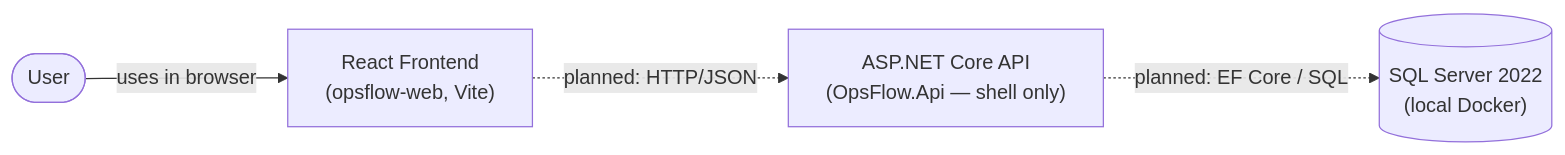
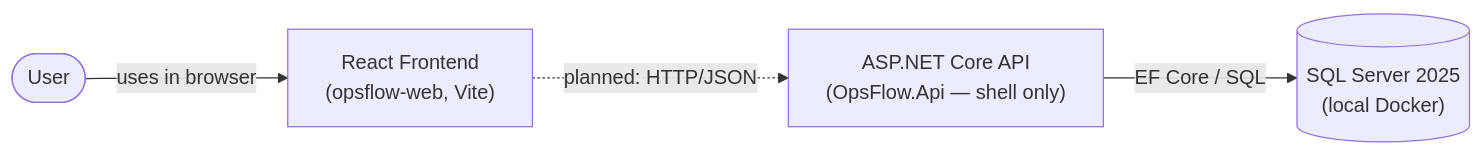
Before and after one commit to cristhiano1/OpsFlow: the diagram in docs/architecture/diagrams/system-context.md, drawn with Mermaid. The commit also changed other lines of this file and 5 other files, not shown here.

Commit message:
fix(database): address SQL Server 2025 review findings

````diff
--- a/docs/architecture/diagrams/system-context.md
+++ b/docs/architecture/diagrams/system-context.md
@@ -7,14 +7,14 @@
 ```mermaid
 flowchart LR
     user([User])
     frontend["React Frontend<br/>(opsflow-web, Vite)"]
     api["ASP.NET Core API<br/>(OpsFlow.Api — shell only)"]
-    db[("SQL Server 2022<br/>(local Docker)")]
+    db[("SQL Server 2025<br/>(local Docker)")]
 
     user -->|uses in browser| frontend
 
     frontend -. planned: HTTP/JSON .-> api
-    api -. planned: EF Core / SQL .-> db
+    api -->|EF Core / SQL| db
 
     classDef planned stroke-dasharray: 5 5;
 ```
````
